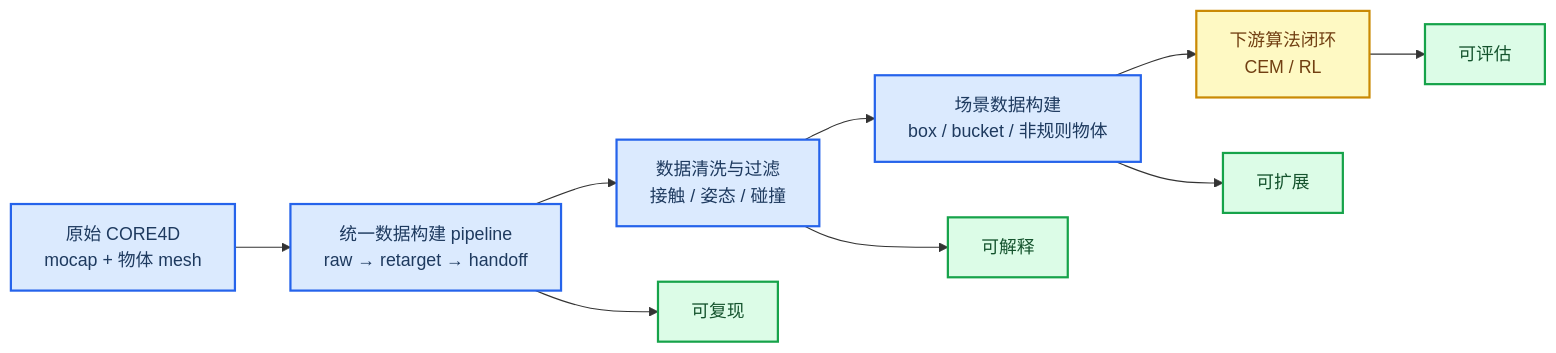
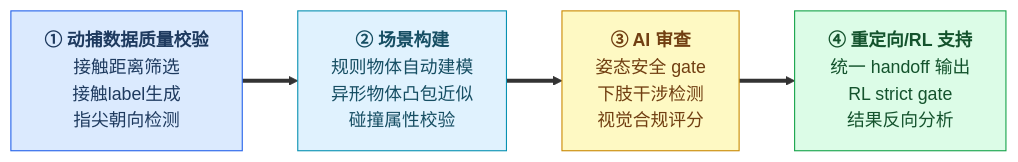
One commit to bob35buaa/spider changed the diagram in workspace/core4d/report/data_construction_v3/half_page_ppt_brief.md. Above: the diagram before and after it, drawn with Mermaid. The commit also changed other lines of this file, not shown here.

Commit message:
data_construction_v3/half_page_ppt_brief.md

````diff
--- a/workspace/core4d/report/data_construction_v3/half_page_ppt_brief.md
+++ b/workspace/core4d/report/data_construction_v3/half_page_ppt_brief.md
@@ -13,23 +7,17 @@
 ```mermaid
 flowchart LR
-    accTitle: Core4D 数据构建科研贡献
-    accDescr: 该图展示 Core4D 数据构建从原始动作到下游学习样本的科研逻辑：先控制数据有效性，再形成可解释候选，最后进入 CEM/RL 验证。
+    accTitle: Core4D 数据构建流程
+    accDescr: 四阶段横幅
 
-    raw["原始 CORE4D<br/>mocap + 物体 mesh"] --> pipeline["统一数据构建 pipeline<br/>raw → retarget → handoff"]
-    pipeline --> filter["数据清洗与过滤<br/>接触 / 姿态 / 碰撞"]
-    filter --> scene["场景数据构建<br/>box / bucket / 非规则物体"]
-    scene --> downstream["下游算法闭环<br/>CEM / RL"]
+    A["<b>① 动捕数据质量校验</b><br/>接触距离筛选<br/>接触label生成<br/>指尖朝向检测"]
+    B["<b>② 场景构建</b><br/>规则物体自动建模<br/>异形物体凸包近似<br/>碰撞属性校验"]
+    C["<b>③ AI 审查</b><br/>姿态安全 gate<br/>下肢干涉检测<br/>视觉合规评分"]
+    D["<b>④ 重定向/RL 支持</b><br/>统一 handoff 输出<br/>RL strict gate<br/>结果反向分析"]
 
-    pipeline --> c1["可复现"]
-    filter --> c2["可解释"]
-    scene --> c3["可扩展"]
-    downstream --> c4["可评估"]
+    A ==> B ==> C ==> D
 
-    classDef main fill:#dbeafe,stroke:#2563eb,stroke-width:2px,color:#1e3a5f
-    classDef contribution fill:#dcfce7,stroke:#16a34a,stroke-width:2px,color:#14532d
-    classDef output fill:#fef9c3,stroke:#ca8a04,stroke-width:2px,color:#713f12
-
-    class raw,pipeline,filter,scene main
-    class c1,c2,c3,c4 contribution
-    class downstream output
+    style A fill:#dbeafe,stroke:#2563eb,color:#1e3a5f
+    style B fill:#e0f2fe,stroke:#0891b2,color:#164e63
+    style C fill:#fef9c3,stroke:#ca8a04,color:#713f12
+    style D fill:#dcfce7,stroke:#16a34a,color:#14532d
 ```
````
